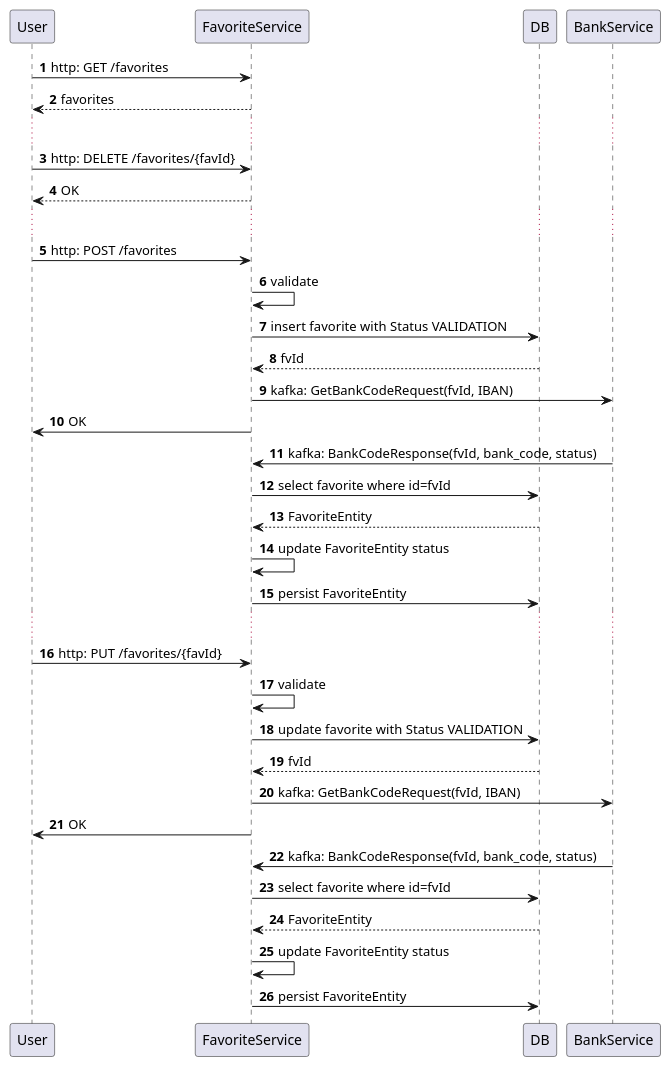
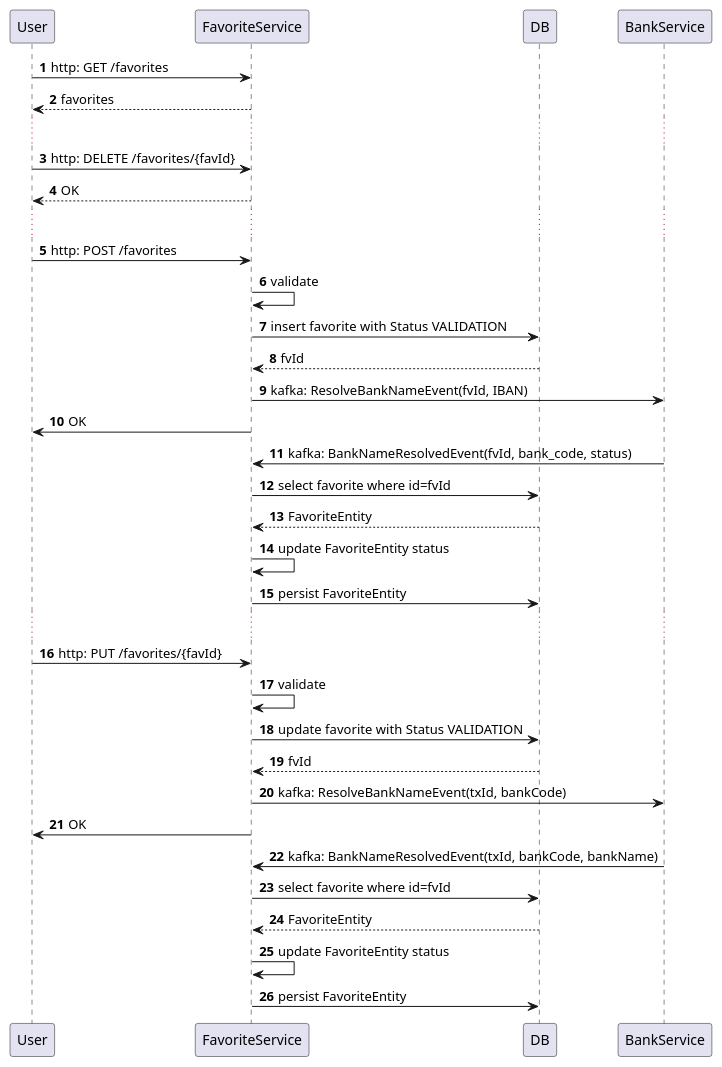
Before and after one commit to lookassh/hcl_hackathon: the diagram in Seq.puml, drawn with PlantUML. The commit also changed 1 other file, not shown here.

Commit message:
api examples and diagram update

```diff
--- a/Seq.puml
+++ b/Seq.puml
@@ -1,36 +1,36 @@
 @startuml
 'https://plantuml.com/sequence-diagram
 
 autonumber
 
 User -> FavoriteService: http: GET /favorites
 return favorites
 ...
 User -> FavoriteService: http: DELETE /favorites/{favId}
 return OK
 ...
 User -> FavoriteService: http: POST /favorites
 FavoriteService -> FavoriteService: validate
 FavoriteService -> DB: insert favorite with Status VALIDATION
 return fvId
-FavoriteService -> BankService: kafka: GetBankCodeRequest(fvId, IBAN)
+FavoriteService -> BankService: kafka: ResolveBankNameEvent(fvId, IBAN)
 FavoriteService -> User: OK
-BankService -> FavoriteService: kafka: BankCodeResponse(fvId, bank_code, status)
+BankService -> FavoriteService: kafka: BankNameResolvedEvent(fvId, bank_code, status)
 FavoriteService -> DB: select favorite where id=fvId
 return FavoriteEntity
 FavoriteService -> FavoriteService: update FavoriteEntity status
 FavoriteService -> DB: persist FavoriteEntity
 ...
 User -> FavoriteService: http: PUT /favorites/{favId}
 FavoriteService -> FavoriteService: validate
 FavoriteService -> DB: update favorite with Status VALIDATION
 return fvId
-FavoriteService -> BankService: kafka: GetBankCodeRequest(fvId, IBAN)
+FavoriteService -> BankService: kafka: ResolveBankNameEvent(txId, bankCode)
 FavoriteService -> User: OK
-BankService -> FavoriteService: kafka: BankCodeResponse(fvId, bank_code, status)
+BankService -> FavoriteService: kafka: BankNameResolvedEvent(txId, bankCode, bankName)
 FavoriteService -> DB: select favorite where id=fvId
 return FavoriteEntity
 FavoriteService -> FavoriteService: update FavoriteEntity status
 FavoriteService -> DB: persist FavoriteEntity
 
 @enduml
```
